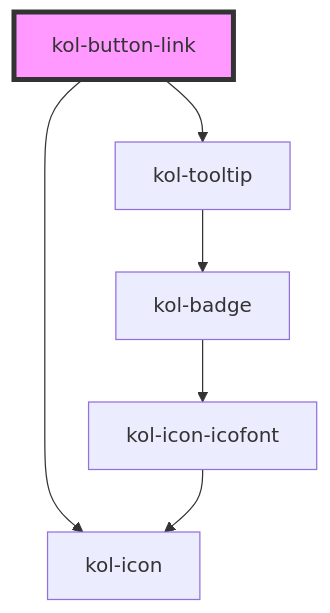
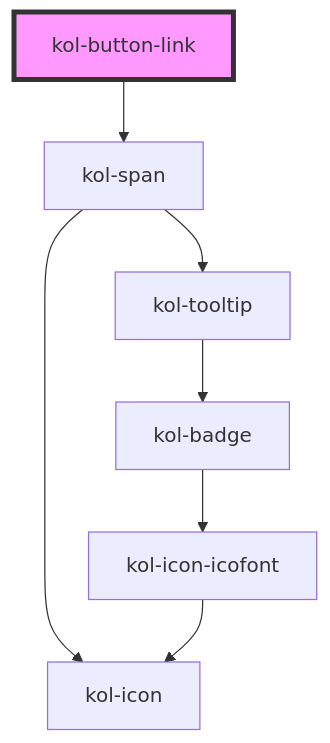
One commit to public-ui/kolibri changed the diagram in packages/library/src/components/button-link/readme.md. Above: the diagram before and after it, drawn with Mermaid. The commit also changed other lines of this file and 20 other files, not shown here.

````diff
--- a/packages/library/src/components/button-link/readme.md
+++ b/packages/library/src/components/button-link/readme.md
@@ -33,9 +32,10 @@
 ```mermaid
 graph TD;
-  kol-button-link --> kol-icon
-  kol-button-link --> kol-tooltip
+  kol-button-link --> kol-span
+  kol-span --> kol-icon
+  kol-span --> kol-tooltip
   kol-tooltip --> kol-badge
   kol-badge --> kol-icon-icofont
   kol-icon-icofont --> kol-icon
   style kol-button-link fill:#f9f,stroke:#333,stroke-width:4px
 ```
````
